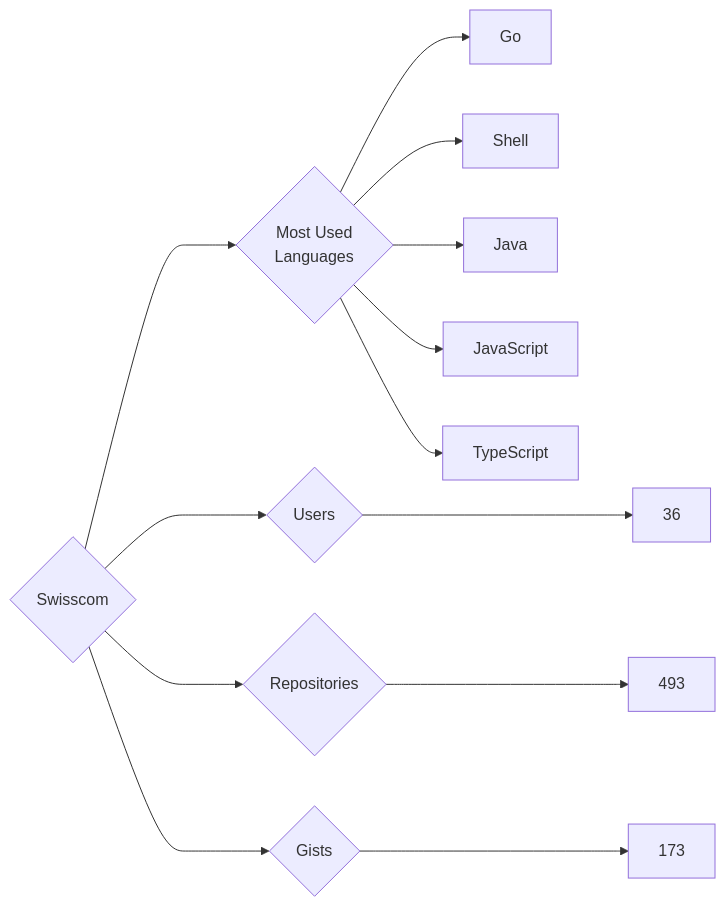
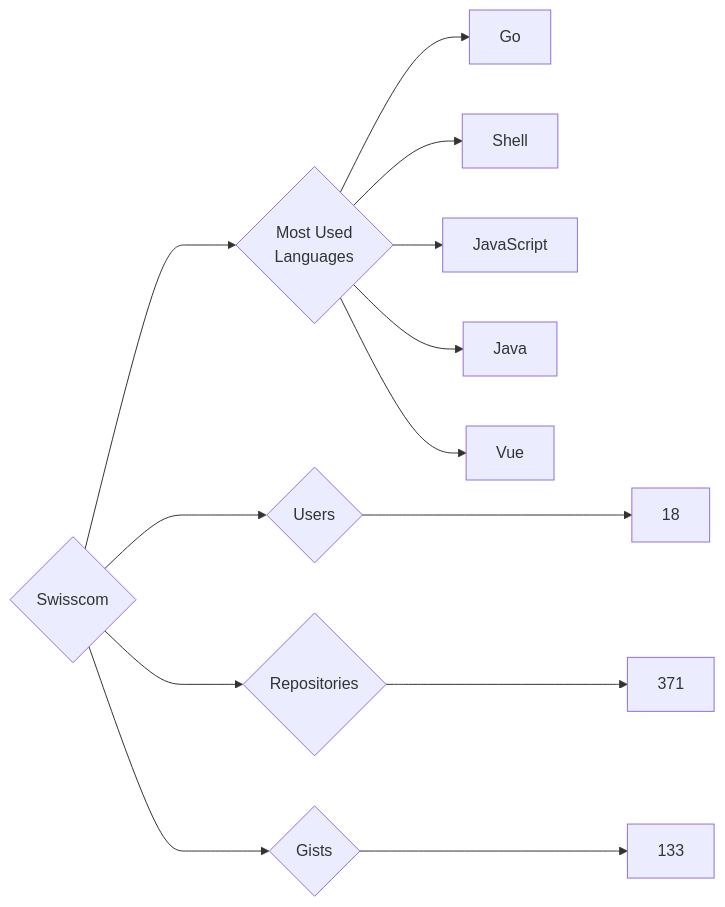
One commit to trickest/insiders changed the diagram in targets/Swisscom/README.md. Above: the diagram before and after it, drawn with Mermaid. The commit also changed 715 other files, not shown here.

````diff
--- a/targets/Swisscom/README.md
+++ b/targets/Swisscom/README.md
@@ -3,13 +3,13 @@
 ```mermaid
 graph LR
 COMPANY_NAME{Swisscom}
-COMPANY_NAME ---> U{Users} ---> UN[36]
-COMPANY_NAME ---> R{Repositories} ---> RN[493]
-COMPANY_NAME ---> G{Gists} ---> GN[173]
+COMPANY_NAME ---> U{Users} ---> UN[18]
+COMPANY_NAME ---> R{Repositories} ---> RN[371]
+COMPANY_NAME ---> G{Gists} ---> GN[133]
 COMPANY_NAME ---> ML{Most Used<br>Languages}
 ML --> Go[Go]
 ML --> Shell[Shell]
+ML --> JavaScript[JavaScript]
 ML --> Java[Java]
-ML --> JavaScript[JavaScript]
-ML --> TypeScript[TypeScript]
+ML --> Vue[Vue]
 ```
````
